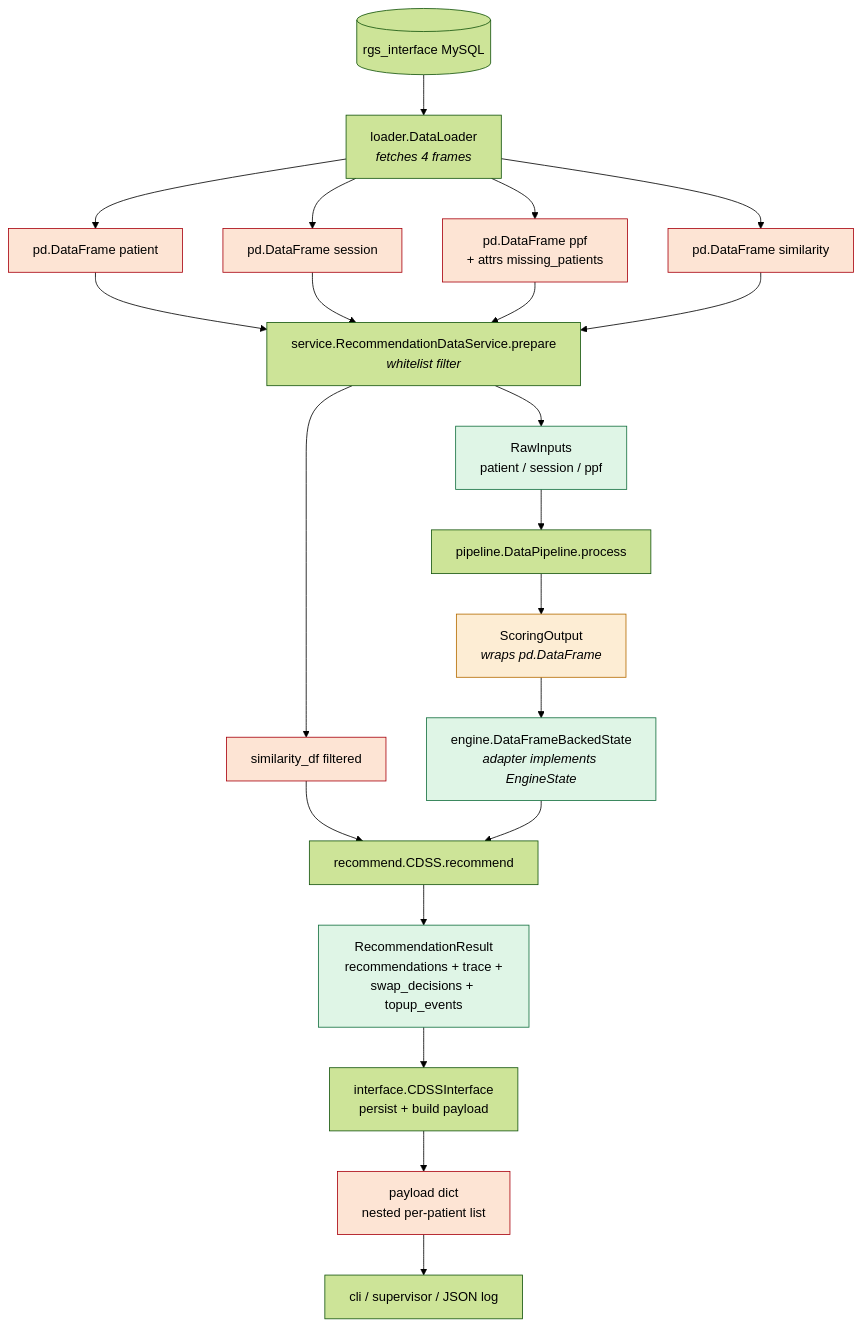
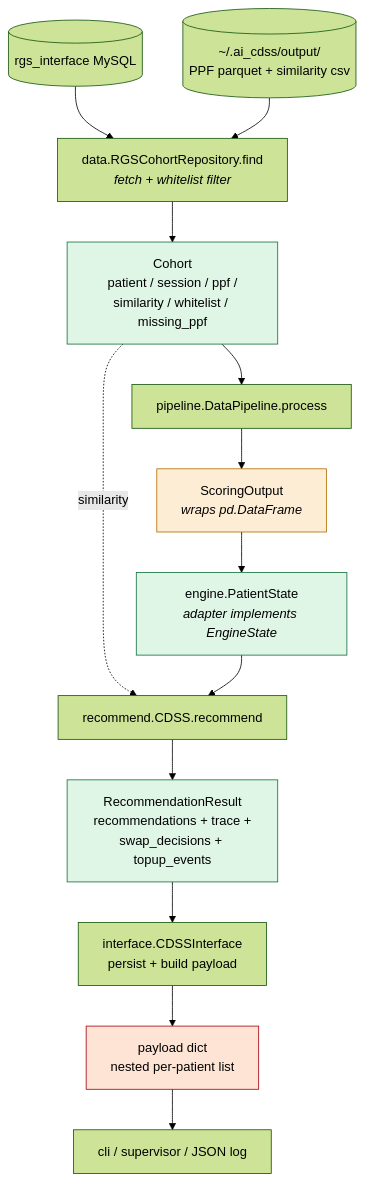
Before and after one commit to dabadav/ai-cdss: the first of 5 diagrams in docs/dataflow.md, drawn with Mermaid (forest theme). The commit also changed other lines of this file and 23 other files, not shown here.

First line of the commit message:
f5: Repository-pattern data layer + rename engine substrates

````diff
--- a/docs/dataflow.md
+++ b/docs/dataflow.md
@@ -14,51 +14,34 @@
 ```mermaid
 flowchart TD
     DB[("rgs_interface MySQL")]
-    L["loader.DataLoader<br/><i>fetches 4 frames</i>"]
-    PATIENT["pd.DataFrame patient"]
-    SESSION["pd.DataFrame session"]
-    PPF["pd.DataFrame ppf<br/>+ attrs missing_patients"]
-    SIM["pd.DataFrame similarity"]
-    S["service.RecommendationDataService.prepare<br/><i>whitelist filter</i>"]
-    RAW["RawInputs<br/>patient / session / ppf"]
+    FS[("~/.ai_cdss/output/<br/>PPF parquet + similarity csv")]
+    REPO["data.RGSCohortRepository.find<br/><i>fetch + whitelist filter</i>"]
+    COHORT["Cohort<br/>patient / session / ppf /<br/>similarity / whitelist / missing_ppf"]
     PIPE["pipeline.DataPipeline.process"]
     SO["ScoringOutput<br/><i>wraps pd.DataFrame</i>"]
-    STATE["engine.DataFrameBackedState<br/><i>adapter implements EngineState</i>"]
+    STATE["engine.PatientState<br/><i>adapter implements EngineState</i>"]
     CDSS["recommend.CDSS.recommend"]
     RESULT["RecommendationResult<br/>recommendations + trace +<br/>swap_decisions + topup_events"]
     IFACE["interface.CDSSInterface<br/>persist + build payload"]
     PAYLOAD["payload dict<br/>nested per-patient list"]
     CONSUMER["cli / supervisor / JSON log"]
 
-    DB --> L
-    L --> PATIENT
-    L --> SESSION
-    L --> PPF
-    L --> SIM
-    PATIENT --> S
-    SESSION --> S
-    PPF --> S
-    SIM --> S
-    S --> RAW
-    S --> SIM2["similarity_df filtered"]
-    RAW --> PIPE
+    DB --> REPO
+    FS --> REPO
+    REPO --> COHORT
+    COHORT --> PIPE
     PIPE --> SO
     SO --> STATE
-    SIM2 --> CDSS
+    COHORT -. similarity .-> CDSS
     STATE --> CDSS
     CDSS --> RESULT
     RESULT --> IFACE
     IFACE --> PAYLOAD
     PAYLOAD --> CONSUMER
 
-    style PATIENT fill:#fde4d4,stroke:#a8000d
-    style SESSION fill:#fde4d4,stroke:#a8000d
-    style PPF fill:#fde4d4,stroke:#a8000d
-    style SIM fill:#fde4d4,stroke:#a8000d
-    style SIM2 fill:#fde4d4,stroke:#a8000d
     style PAYLOAD fill:#fde4d4,stroke:#a8000d
-    style RAW fill:#dff5e6,stroke:#136f3e
+    style COHORT fill:#dff5e6,stroke:#136f3e
     style RESULT fill:#dff5e6,stroke:#136f3e
     style STATE fill:#dff5e6,stroke:#136f3e
     style SO fill:#fdedd4,stroke:#b46b00
 ```
````
